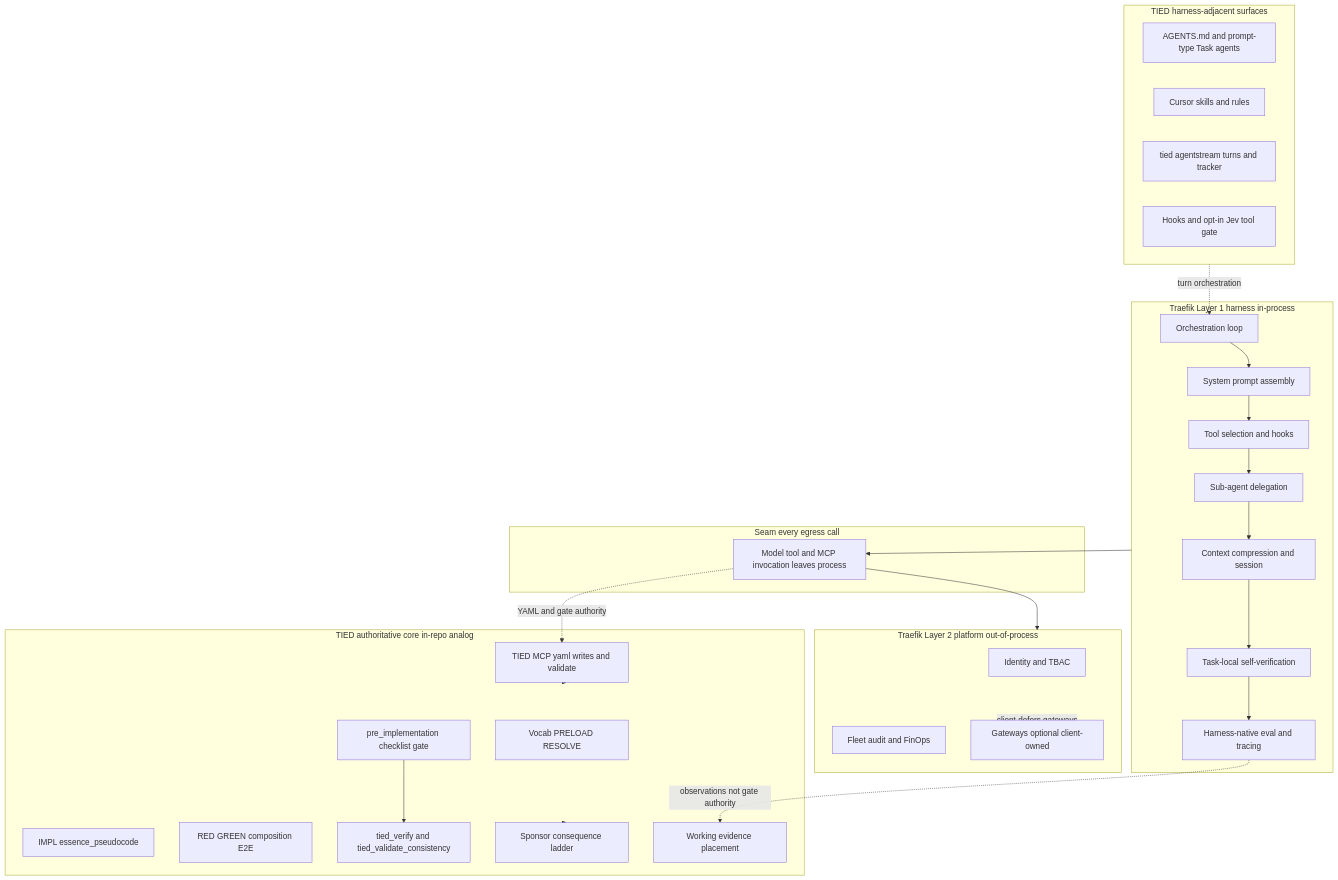
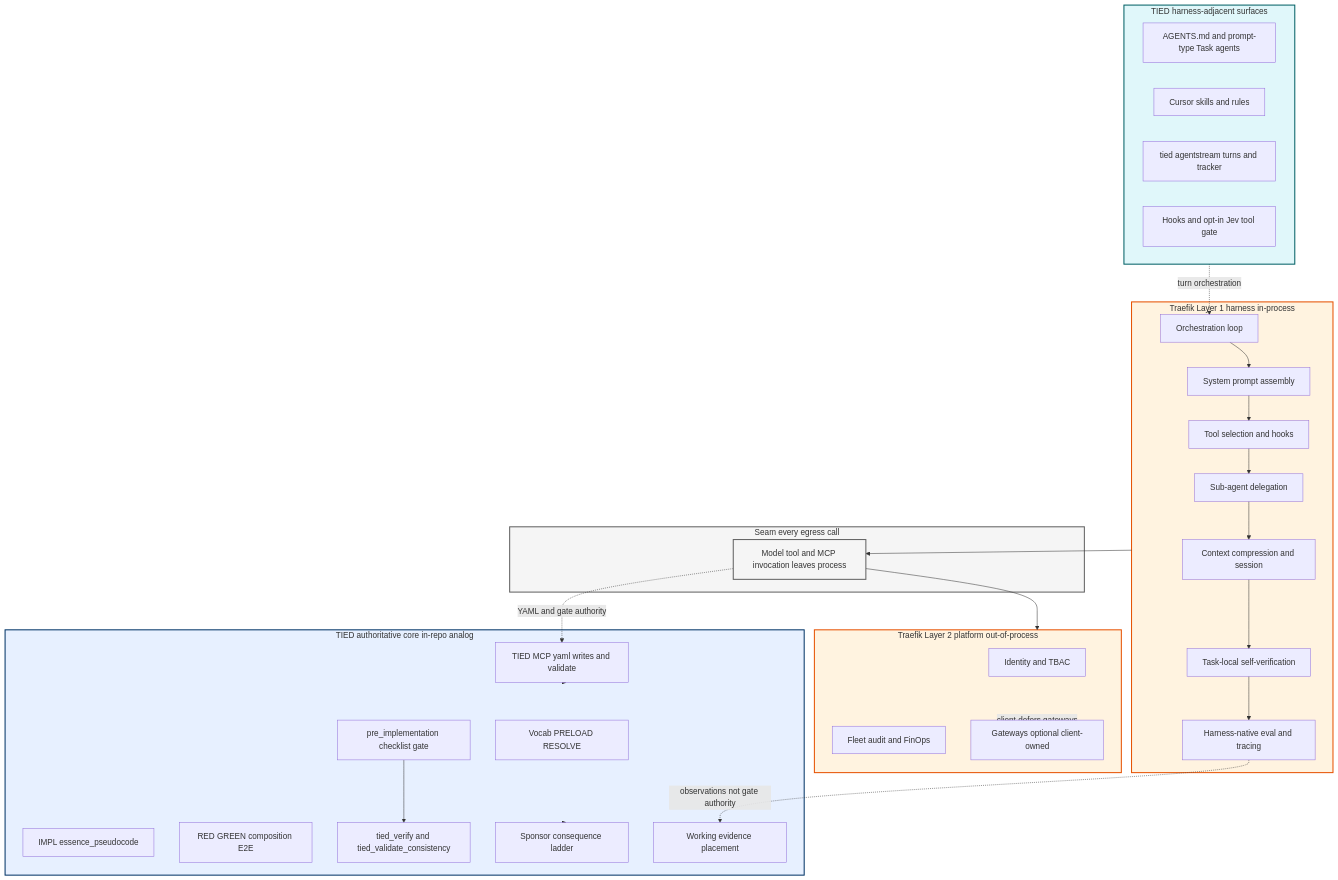
One commit to fareedst/tied changed the diagram in docs/comparisons/traefik-harness-platform-vs-tied-agent-management.md. Above: the diagram before and after it, drawn with Mermaid. The commit also changed other lines of this file and 18 other files, not shown here.

First line of the commit message:
Add STDD vocab visual encoding registry and term color index.

````diff
--- a/docs/comparisons/traefik-harness-platform-vs-tied-agent-management.md
+++ b/docs/comparisons/traefik-harness-platform-vs-tied-agent-management.md
@@ -168,47 +168,56 @@
 ```mermaid
 flowchart TB
+  %% palette: docs/visual-encoding-standards.md
+  classDef domHarnessBench fill:#fff3e0,stroke:#e65100,stroke-width:2px
+  classDef domTiedCorpus fill:#e7f0ff,stroke:#003366,stroke-width:2px
+  classDef domAgentSurface fill:#e0f7fa,stroke:#006064,stroke-width:2px
+  classDef domMetaVocab fill:#f5f5f5,stroke:#616161,stroke-width:2px
   subgraph traefikL1 [Traefik Layer 1 harness in-process]
     loop[Orchestration loop]
     prompts[System prompt assembly]
     toolsLocal[Tool selection and hooks]
     subagents[Sub-agent delegation]
     ctx[Context compression and session]
     selfCheck[Task-local self-verification]
     trace[Harness-native eval and tracing]
   end
   subgraph seam [Seam every egress call]
     egress[Model tool and MCP invocation leaves process]
   end
   subgraph traefikL2 [Traefik Layer 2 platform out-of-process]
     id[Identity and TBAC]
     audit[Fleet audit and FinOps]
     gw[Gateways optional client-owned]
   end
   subgraph tiedCore [TIED authoritative core in-repo analog]
     vocab[Vocab PRELOAD RESOLVE]
     impl[IMPL essence_pseudocode]
     preGate[pre_implementation checklist gate]
     mcp[TIED MCP yaml writes and validate]
     tdd[RED GREEN composition E2E]
     verify[tied_verify and tied_validate_consistency]
     sponsor[Sponsor consequence ladder]
     working[Working evidence placement]
   end
   subgraph tiedHarness [TIED harness-adjacent surfaces]
     agents[AGENTS.md and prompt-type Task agents]
     skills[Cursor skills and rules]
     stream[tied agentstream turns and tracker]
     hooks[Hooks and opt-in Jev tool gate]
   end
   loop --> prompts --> toolsLocal --> subagents
   subagents --> ctx --> selfCheck --> trace
   traefikL1 --> egress
   egress --> traefikL2
   tiedHarness -.->|turn orchestration| loop
   egress -.->|YAML and gate authority| mcp
   mcp --> tiedCore
   preGate --> verify
   trace -.->|observations not gate authority| working
   traefikL2 -.->|client defers gateways| gw
   tiedCore --> sponsor
+  class traefikL1,traefikL2 domHarnessBench
+  class tiedCore domTiedCorpus
+  class tiedHarness domAgentSurface
+  class seam,egress domMetaVocab
 ```
````
